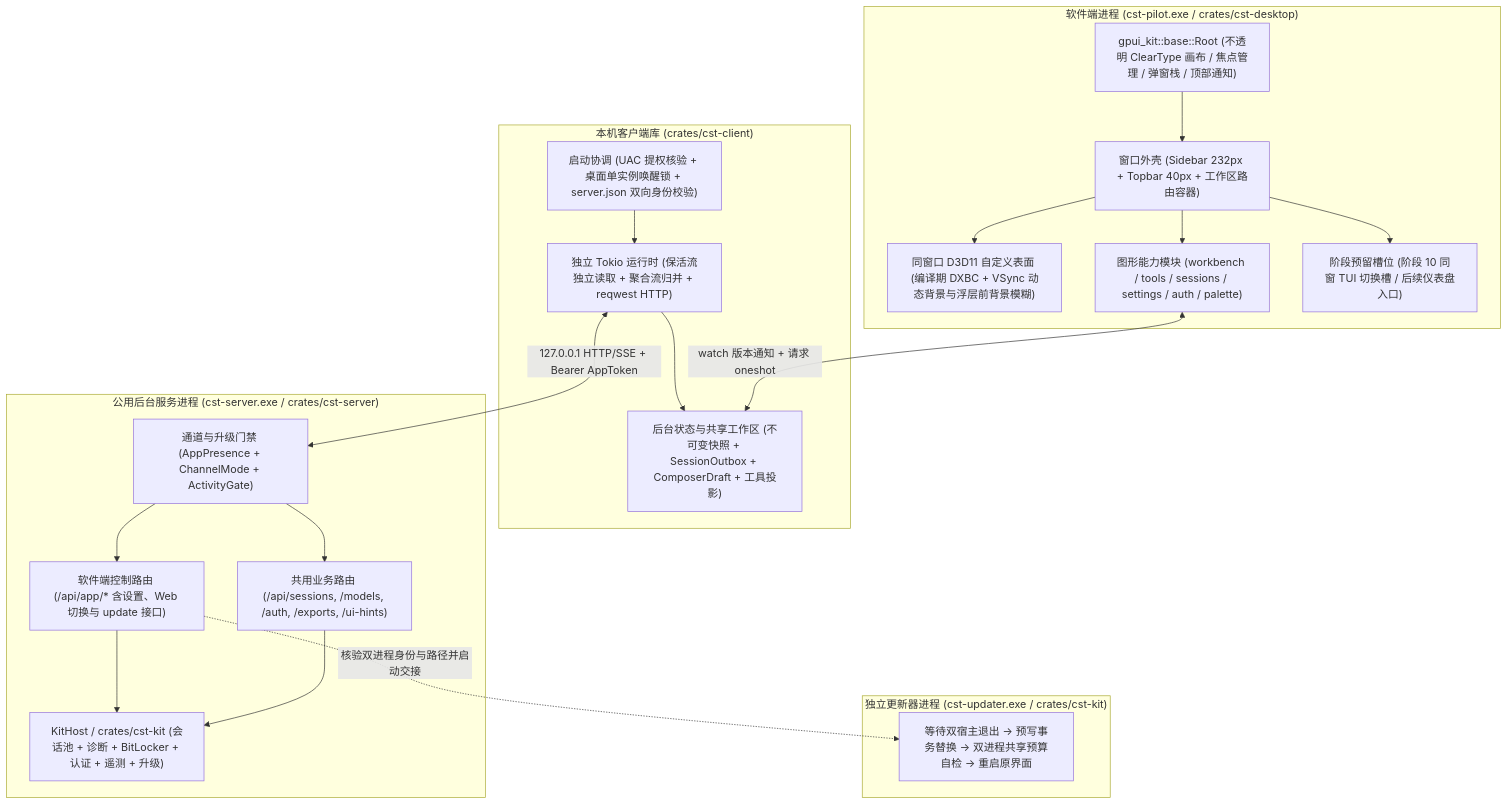
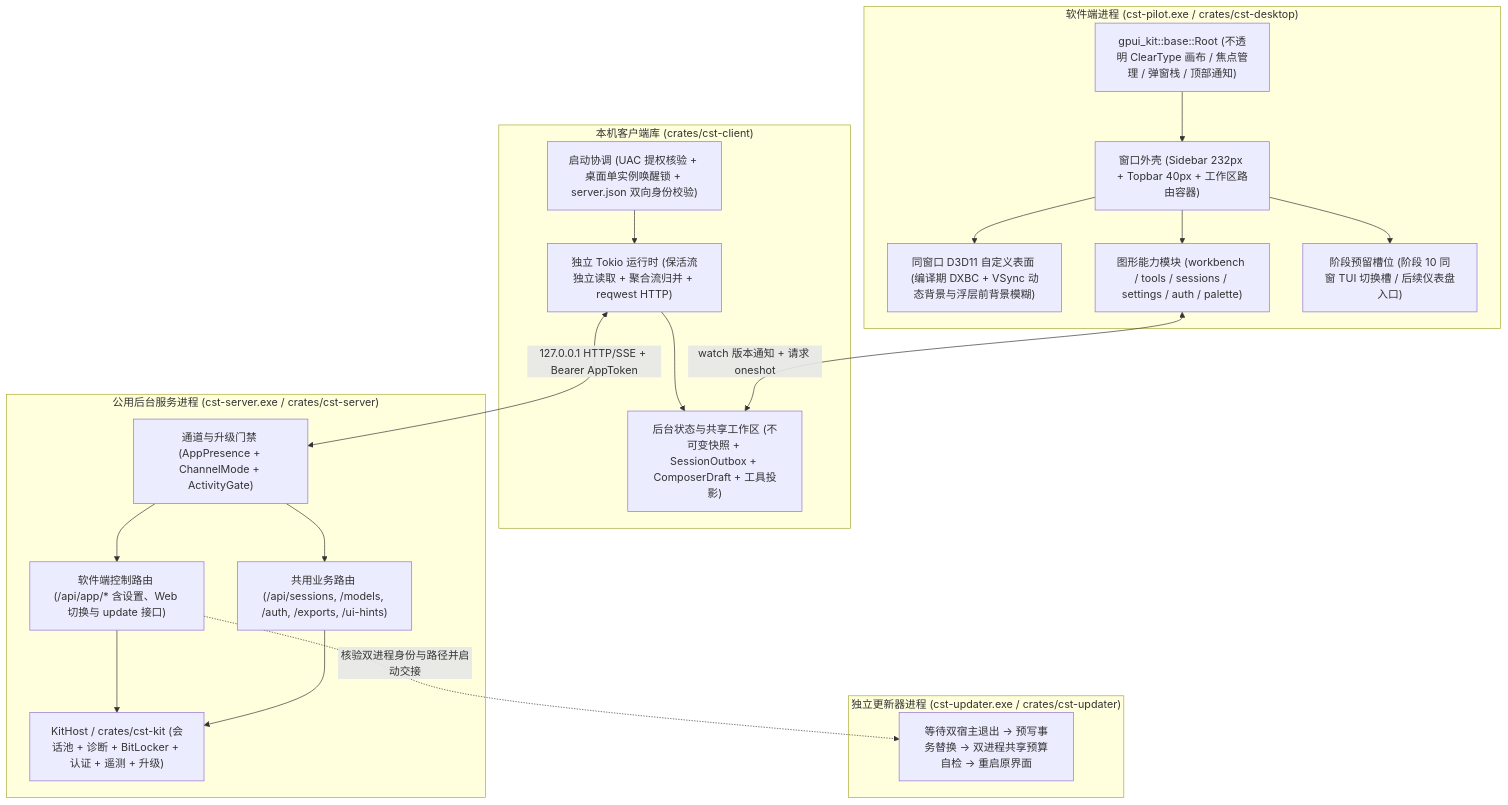
The first of 2 diagrams in doc/rust/plan/9.desktop.md (SCAU-Computer-Serving-Team/cst-pilot), drawn with Mermaid before and after one commit. The commit also changed other lines of this file and 18 other files, not shown here.

````diff
--- a/doc/rust/plan/9.desktop.md
+++ b/doc/rust/plan/9.desktop.md
@@ -13,40 +13,40 @@
 ```mermaid
 flowchart TB
     subgraph DesktopExe["软件端进程 (cst-pilot.exe / crates/cst-desktop)"]
         Root["gpui_kit::base::Root (不透明 ClearType 画布 / 焦点管理 / 弹窗栈 / 顶部通知)"]
         Shell["窗口外壳 (Sidebar 232px + Topbar 40px + 工作区路由容器)"]
         Shader["同窗口 D3D11 自定义表面 (编译期 DXBC + VSync 动态背景与浮层前背景模糊)"]
         Features["图形能力模块 (workbench / tools / sessions / settings / auth / palette)"]
         Slots["阶段预留槽位 (阶段 10 同窗 TUI 切换槽 / 后续仪表盘入口)"]
 
         Root --> Shell
         Shell --> Shader
         Shell --> Features
         Shell --> Slots
     end
 
     subgraph ClientCrate["本机客户端库 (crates/cst-client)"]
         Boot["启动协调 (UAC 提权核验 + 桌面单实例唤醒锁 + server.json 双向身份校验)"]
         TokioWorker["独立 Tokio 运行时 (保活流独立读取 + 聚合流归并 + reqwest HTTP)"]
         SyncState["后台状态与共享工作区 (不可变快照 + SessionOutbox + ComposerDraft + 工具投影)"]
 
         Boot --> TokioWorker --> SyncState
     end
 
     subgraph ServerExe["公用后台服务进程 (cst-server.exe / crates/cst-server)"]
         Gate["通道与升级门禁 (AppPresence + ChannelMode + ActivityGate)"]
         AppApi["软件端控制路由 (/api/app/* 含设置、Web 切换与 update 接口)"]
         BizApi["共用业务路由 (/api/sessions, /models, /auth, /exports, /ui-hints)"]
         Host["KitHost / crates/cst-kit (会话池 + 诊断 + BitLocker + 认证 + 遥测 + 升级)"]
 
         Gate --> AppApi & BizApi --> Host
     end
 
-    subgraph UpdaterExe["独立更新器进程 (cst-updater.exe / crates/cst-kit)"]
+    subgraph UpdaterExe["独立更新器进程 (cst-updater.exe / crates/cst-updater)"]
         Apply["等待双宿主退出 -> 预写事务替换 -> 双进程共享预算自检 -> 重启原界面"]
     end
 
     Features <-->|"watch 版本通知 + 请求 oneshot"| SyncState
     TokioWorker <-->|"127.0.0.1 HTTP/SSE + Bearer AppToken"| Gate
     AppApi -.->|"核验双进程身份与路径并启动交接"| Apply
 ```
````
